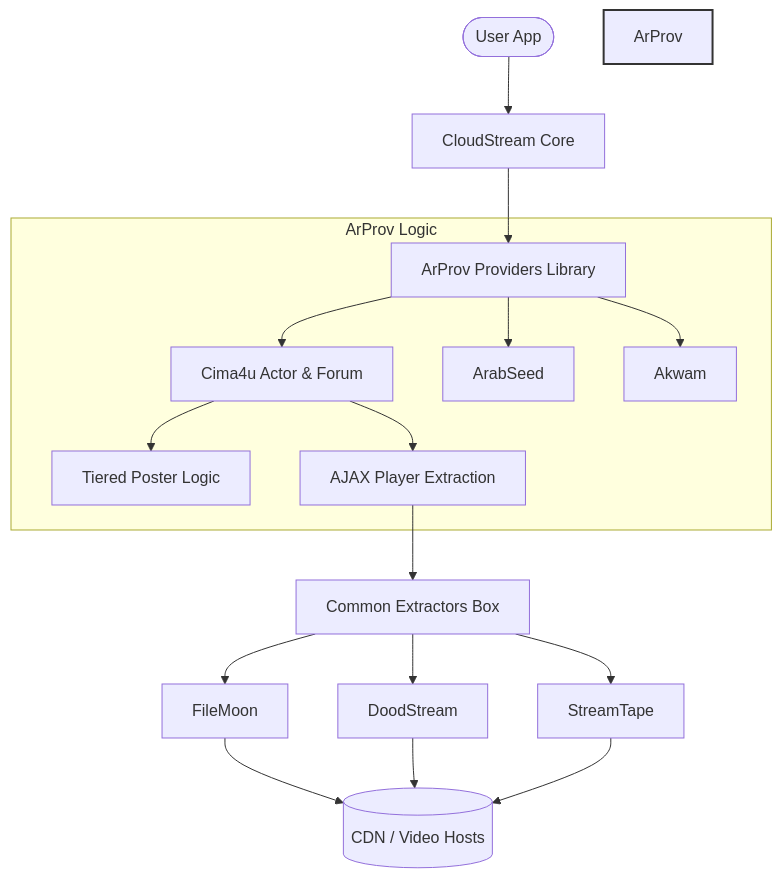
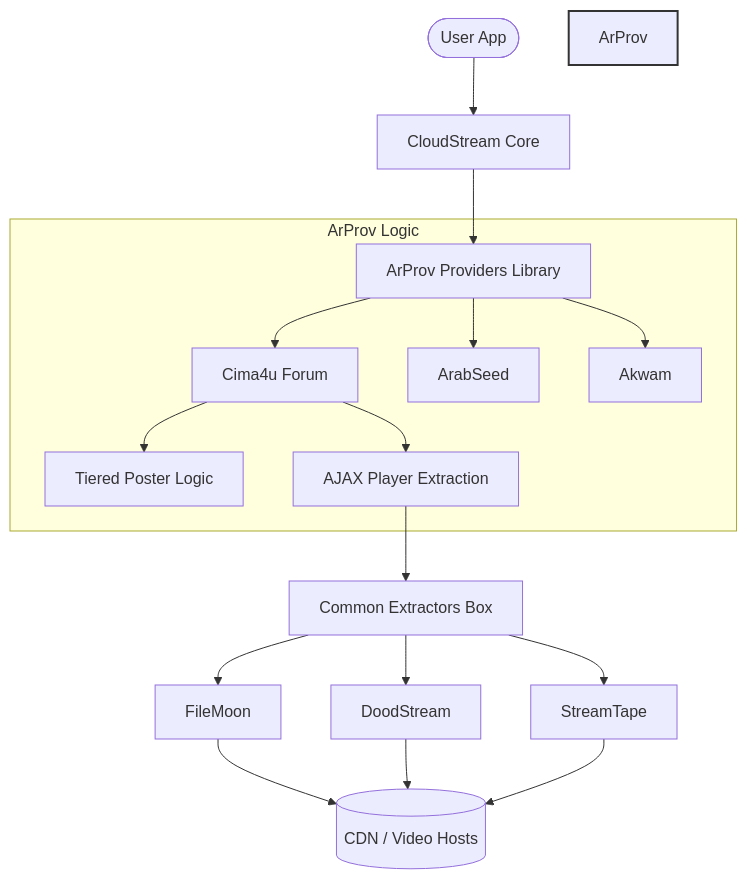
Before and after one commit to ramailo1/arprov: the diagram in README.md, drawn with Mermaid. The commit also changed other lines of this file and 4 other files, not shown here.

Commit message:
Rename Cima4uActor to Cima4uForum and fix Cima4uShopProvider selectors

````diff
--- a/README.md
+++ b/README.md
@@ -19,25 +19,25 @@
 ```mermaid
 graph TD
     User([User App]) --> Core[CloudStream Core]
     Core --> Providers[ArProv Providers Library]
     
     subgraph "ArProv Logic"
-        Providers --> CP[Cima4u Actor & Forum]
+        Providers --> CP[Cima4u Forum]
         Providers --> AS[ArabSeed]
         Providers --> AK[Akwam]
         
         CP --> tier[Tiered Poster Logic]
         CP --> ajax[AJAX Player Extraction]
     end
     
     ajax --> Ext[Common Extractors Box]
     Ext --> FM[FileMoon]
     Ext --> DM[DoodStream]
     Ext --> ST[StreamTape]
     
     FM --> CDN[(CDN / Video Hosts)]
     DM --> CDN
     ST --> CDN
     
     style ArProv Logic fill:#f9f,stroke:#333,stroke-width:2px
 ```
````
